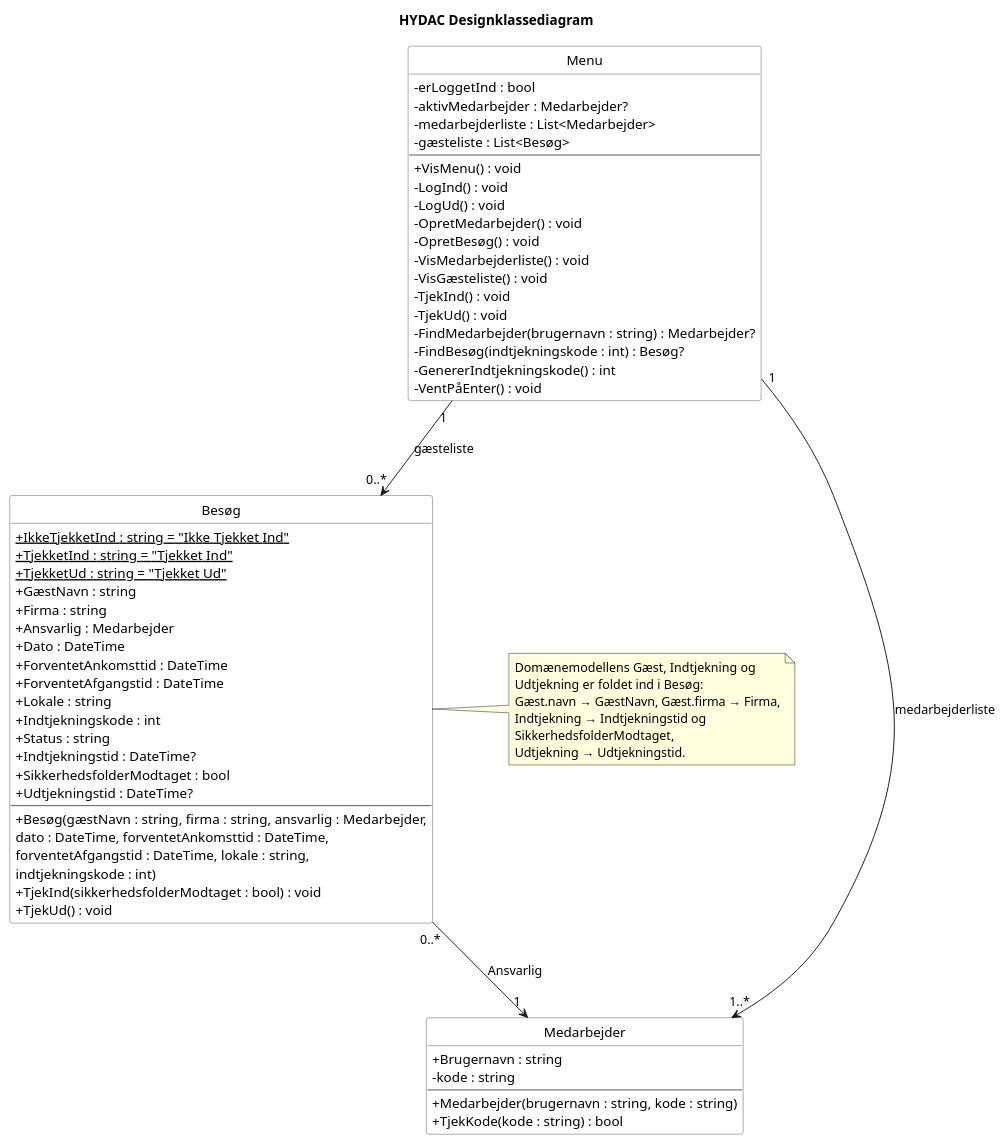
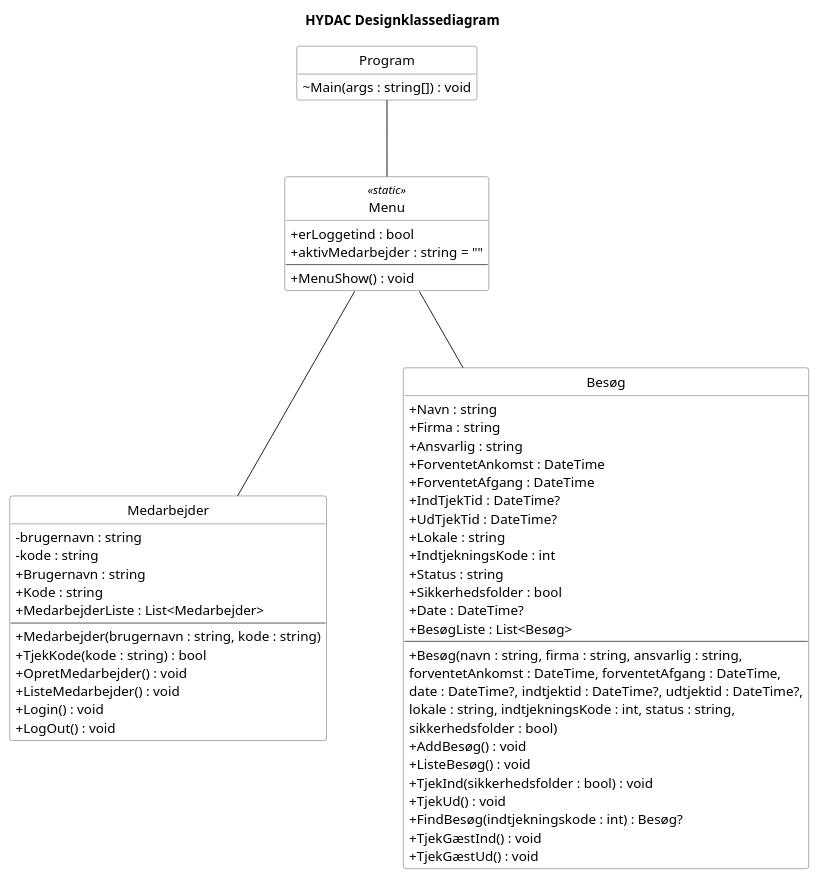
Before and after one commit to Zoabz/Hydac: the diagram in 7. Design Class Diagram/7. Design Class Diagram.puml, drawn with PlantUML. The commit also changed 5 other files, not shown here.

```diff
--- a/7. Design Class Diagram/7. Design Class Diagram.puml
+++ b/7. Design Class Diagram/7. Design Class Diagram.puml
@@ -1,83 +1,75 @@
 @startuml
 title HYDAC Designklassediagram
 
 hide circle
 hide empty members
 
 skinparam classAttributeIconSize 0
 skinparam nodesep 80
 skinparam ranksep 80
 
 skinparam class {
     BackgroundColor white
     BorderColor #555555
 }
 
-class Menu {
-    - erLoggetInd : bool
-    - aktivMedarbejder : Medarbejder?
-    - medarbejderliste : List<Medarbejder>
-    - gæsteliste : List<Besøg>
+class Program {
+    ~ Main(args : string[]) : void
+}
+
+class Menu <<static>> {
+    + erLoggetind : bool
+    + aktivMedarbejder : string = ""
     --
-    + VisMenu() : void
-    - LogInd() : void
-    - LogUd() : void
-    - OpretMedarbejder() : void
-    - OpretBesøg() : void
-    - VisMedarbejderliste() : void
-    - VisGæsteliste() : void
-    - TjekInd() : void
-    - TjekUd() : void
-    - FindMedarbejder(brugernavn : string) : Medarbejder?
-    - FindBesøg(indtjekningskode : int) : Besøg?
-    - GenererIndtjekningskode() : int
-    - VentPåEnter() : void
+    + MenuShow() : void
 }
 
 class Medarbejder {
+    - brugernavn : string
+    - kode : string
     + Brugernavn : string
-    - kode : string
+    + Kode : string
+    + MedarbejderListe : List<Medarbejder>
     --
     + Medarbejder(brugernavn : string, kode : string)
     + TjekKode(kode : string) : bool
+    + OpretMedarbejder() : void
+    + ListeMedarbejder() : void
+    + Login() : void
+    + LogOut() : void
 }
 
 class Besøg {
-    + {static} IkkeTjekketInd : string = "Ikke Tjekket Ind"
-    + {static} TjekketInd : string = "Tjekket Ind"
-    + {static} TjekketUd : string = "Tjekket Ud"
-    + GæstNavn : string
+    + Navn : string
     + Firma : string
-    + Ansvarlig : Medarbejder
-    + Dato : DateTime
-    + ForventetAnkomsttid : DateTime
-    + ForventetAfgangstid : DateTime
+    + Ansvarlig : string
+    + ForventetAnkomst : DateTime
+    + ForventetAfgang : DateTime
+    + IndTjekTid : DateTime?
+    + UdTjekTid : DateTime?
     + Lokale : string
-    + Indtjekningskode : int
+    + IndtjekningsKode : int
     + Status : string
-    + Indtjekningstid : DateTime?
-    + SikkerhedsfolderModtaget : bool
-    + Udtjekningstid : DateTime?
+    + Sikkerhedsfolder : bool
+    + Date : DateTime?
+    + BesøgListe : List<Besøg>
     --
-    + Besøg(gæstNavn : string, firma : string, ansvarlig : Medarbejder,
-        dato : DateTime, forventetAnkomsttid : DateTime,
-        forventetAfgangstid : DateTime, lokale : string,
-        indtjekningskode : int)
-    + TjekInd(sikkerhedsfolderModtaget : bool) : void
+    + Besøg(navn : string, firma : string, ansvarlig : string,
+        forventetAnkomst : DateTime, forventetAfgang : DateTime,
+        date : DateTime?, indtjektid : DateTime?, udtjektid : DateTime?,
+        lokale : string, indtjekningsKode : int, status : string,
+        sikkerhedsfolder : bool)
+    + AddBesøg() : void
+    + ListeBesøg() : void
+    + TjekInd(sikkerhedsfolder : bool) : void
     + TjekUd() : void
+    + FindBesøg(indtjekningskode : int) : Besøg?
+    + TjekGæstInd() : void
+    + TjekGæstUd() : void
 }
+Program -- Menu 
+Menu -- Besøg 
+Menu -- Medarbejder
 
-note right of Besøg
-    Domænemodellens Gæst, Indtjekning og
-    Udtjekning er foldet ind i Besøg:
-    Gæst.navn → GæstNavn, Gæst.firma → Firma,
-    Indtjekning → Indtjekningstid og
-    SikkerhedsfolderModtaget,
-    Udtjekning → Udtjekningstid.
-end note
-
-Menu "1" --> "0..*" Besøg : gæsteliste
-Menu "1" --> "1..*" Medarbejder : medarbejderliste
-Besøg "0..*" --> "1" Medarbejder : Ansvarlig
 
 @enduml
```
